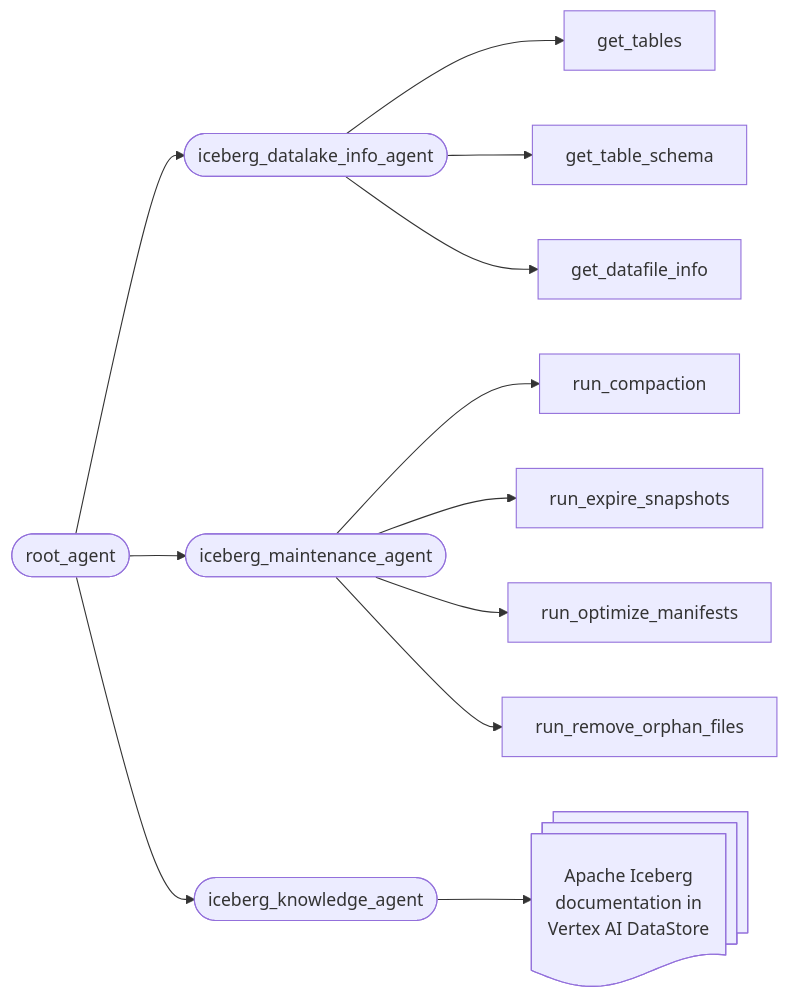
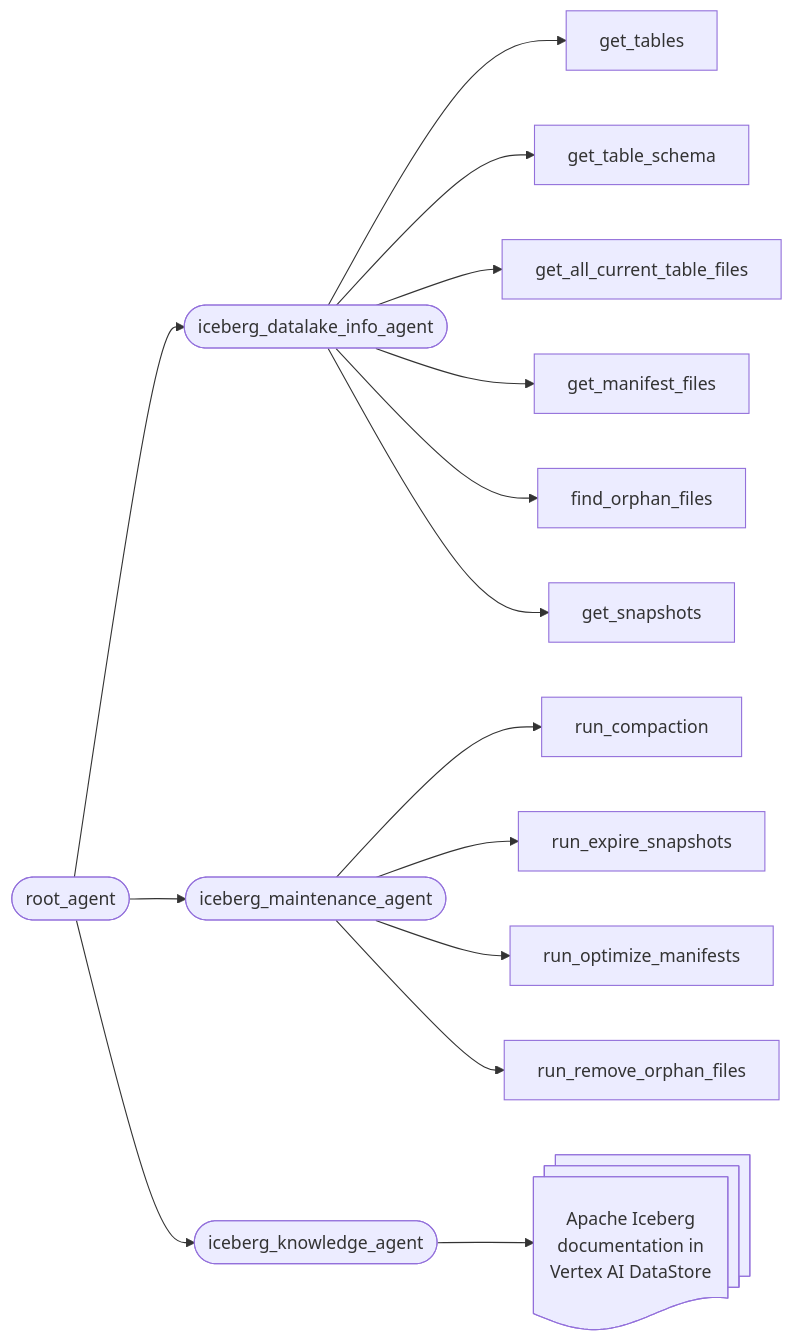
The diagram in README.md (rkurniawati/iceberg-maintenance-agents), drawn with Mermaid before and after one commit. The commit also changed other lines of this file, not shown here.

````diff
--- a/README.md
+++ b/README.md
@@ -19,14 +40,17 @@
 ```mermaid
 graph LR
     RootAgent([root_agent]) --> IcebergDataLakeInfoAgent([iceberg_datalake_info_agent])
     RootAgent --> IcebergMaintenanceAgent([iceberg_maintenance_agent])
     RootAgent --> IcebergKnowledgeAgent([iceberg_knowledge_agent])
     IcebergDataLakeInfoAgent --> get_tables
     IcebergDataLakeInfoAgent --> get_table_schema
-    IcebergDataLakeInfoAgent --> get_datafile_info
+    IcebergDataLakeInfoAgent --> get_all_current_table_files
+    IcebergDataLakeInfoAgent --> get_manifest_files
+    IcebergDataLakeInfoAgent --> find_orphan_files
+    IcebergDataLakeInfoAgent --> get_snapshots
     IcebergMaintenanceAgent --> run_compaction
     IcebergMaintenanceAgent --> run_expire_snapshots
     IcebergMaintenanceAgent --> run_optimize_manifests
     IcebergMaintenanceAgent --> run_remove_orphan_files
     IcebergKnowledgeAgent --> IcebergDocumentation[Apache Iceberg<br>documentation in<br>Vertex AI DataStore]@{ shape: docs }
 ```
````
